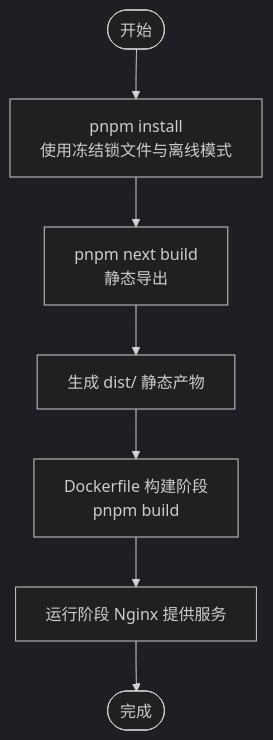
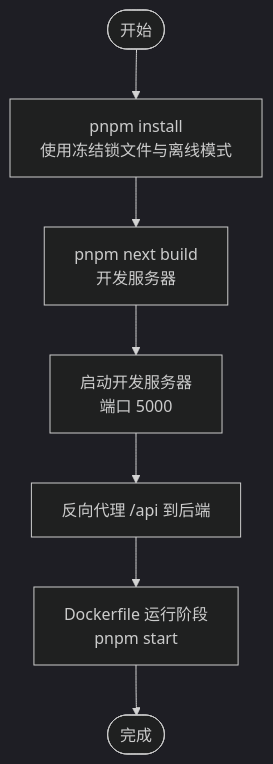
One commit to ghbbn053-ship-itsoulddog/soulddog changed the third of 7 diagrams in .qoder/repowiki/zh/content/开发指南/构建与部署/构建流程.md. Above: the diagram before and after it, drawn with Mermaid (dark theme). The commit also changed other lines of this file and 119 other files, not shown here.

````diff
--- a/.qoder/repowiki/zh/content/开发指南/构建与部署/构建流程.md
+++ b/.qoder/repowiki/zh/content/开发指南/构建与部署/构建流程.md
@@ -170,9 +167,9 @@
 ```mermaid
 flowchart TD
 Start(["开始"]) --> Install["pnpm install<br/>使用冻结锁文件与离线模式"]
-Install --> BuildNext["pnpm next build<br/>静态导出"]
-BuildNext --> Dist["生成 dist/ 静态产物"]
-Dist --> DockerBuild["Dockerfile 构建阶段<br/>pnpm build"]
-DockerBuild --> NginxRun["运行阶段 Nginx 提供服务"]
-NginxRun --> End(["完成"])
+Install --> BuildNext["pnpm next build<br/>开发服务器"]
+BuildNext --> DevServer["启动开发服务器<br/>端口 5000"]
+DevServer --> Proxy["反向代理 /api 到后端"]
+Proxy --> DockerRun["Dockerfile 运行阶段<br/>pnpm start"]
+DockerRun --> End(["完成"])
 ```
````
